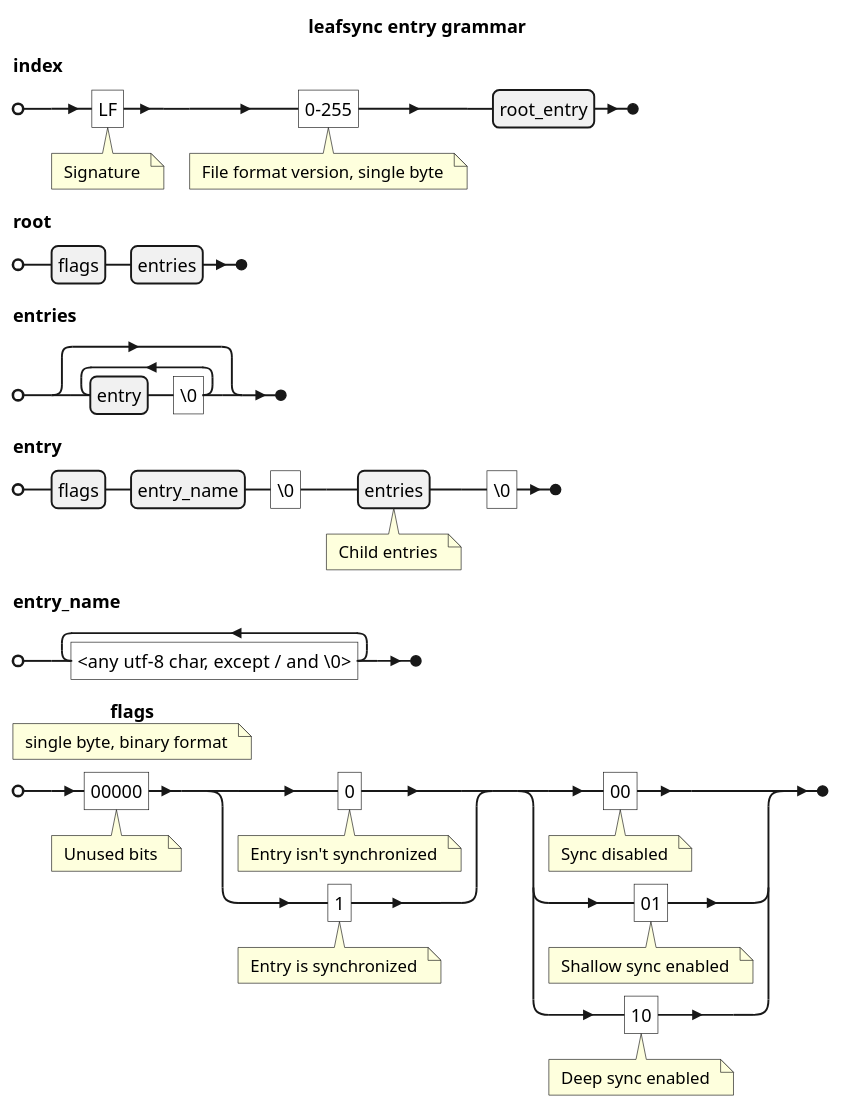
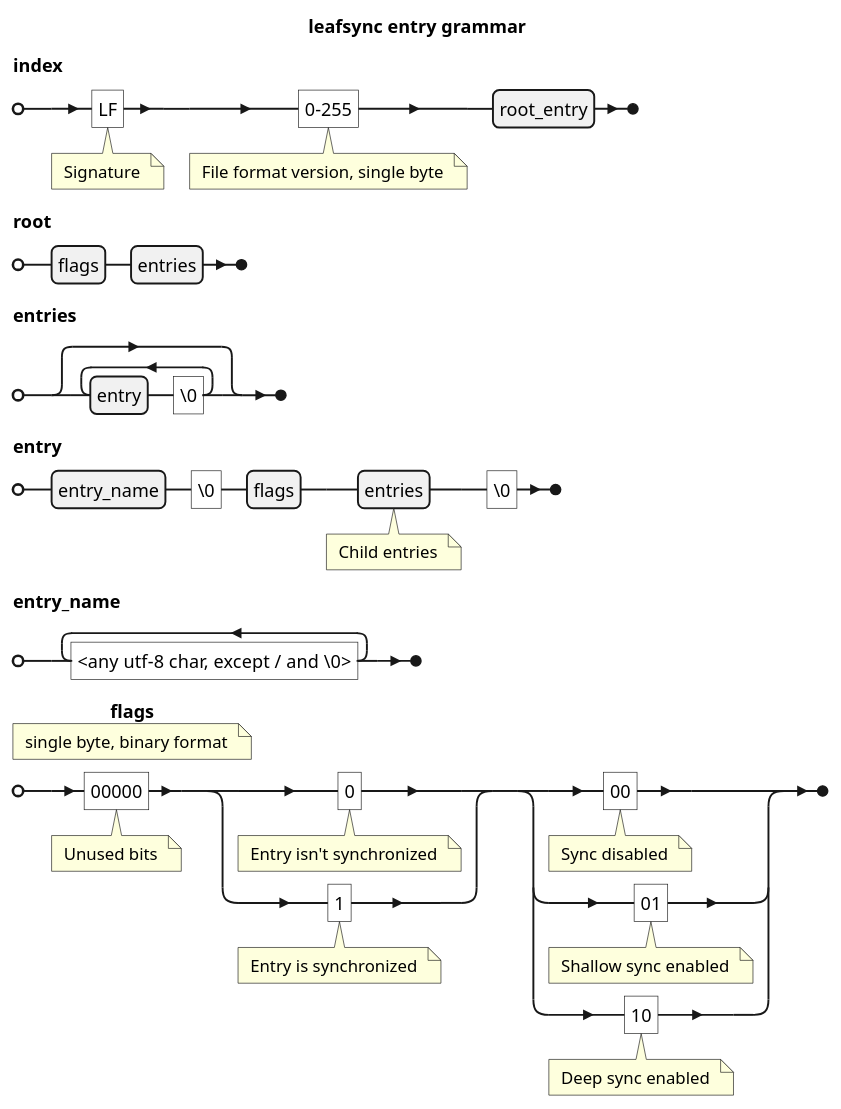
Before and after one commit to acc15/lf: the first of 2 diagrams in doc/index-format.md, drawn with PlantUML. The commit also changed other lines of this file and 3 other files, not shown here.

````diff
--- a/doc/index-format.md
+++ b/doc/index-format.md
@@ -9,11 +9,11 @@
 ```plantuml
 @startebnf
 title leafsync entry grammar
 index = "LF" (* Signature *), "0-255" (* File format version, single byte *), root_entry;
 root = flags, entries;
 entries = { entry, "\0" };
-entry = flags, entry_name, "\0", entries (* Child entries *), "\0";
+entry = entry_name, "\0", flags, entries (* Child entries *), "\0";
 entry_name = { "<any utf-8 char, except / and \0>" }-;
 flags (* single byte, binary format *) = "00000" (* Unused bits *), ("0" (* Entry isn't synchronized *) | "1" (* Entry is synchronized *)), ("00" (* Sync disabled *) | "01" (* Shallow sync enabled *) | "10" (* Deep sync enabled *));
 @endebnf
 ```
````
